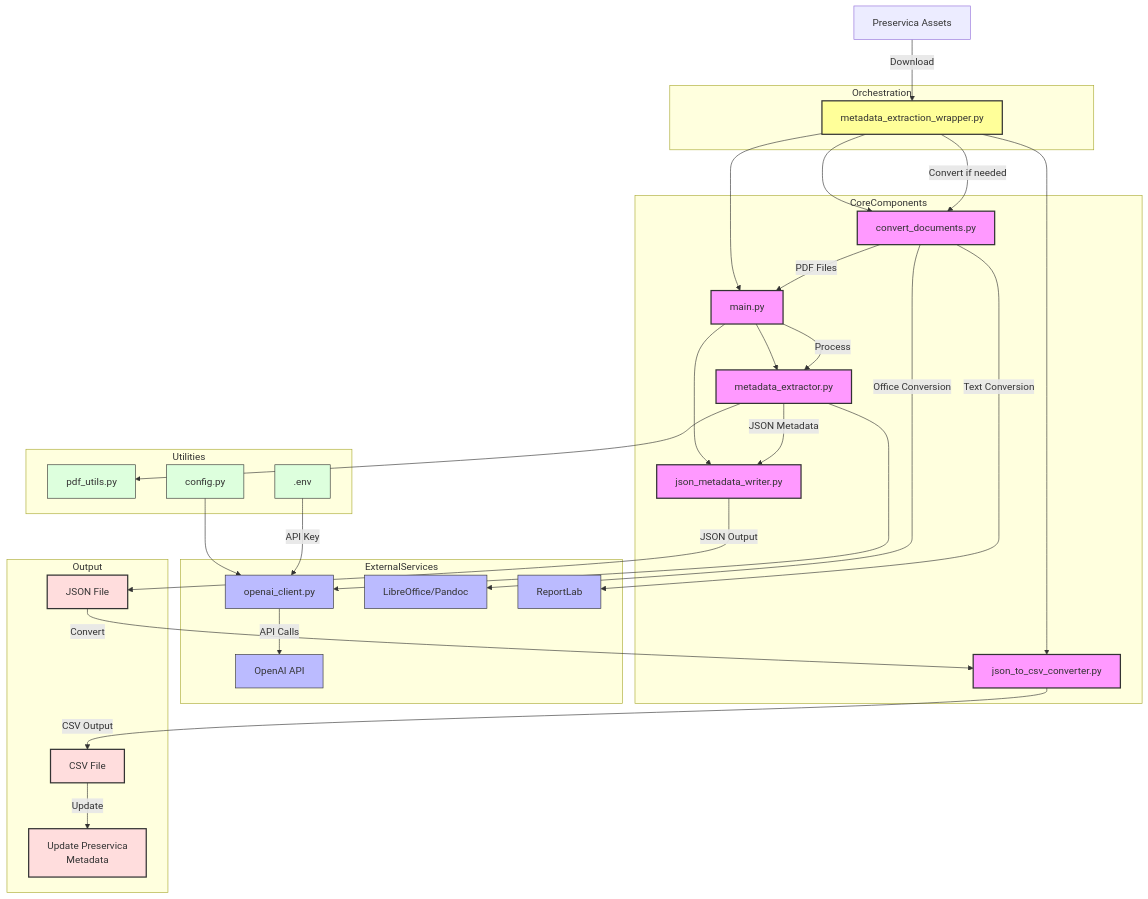
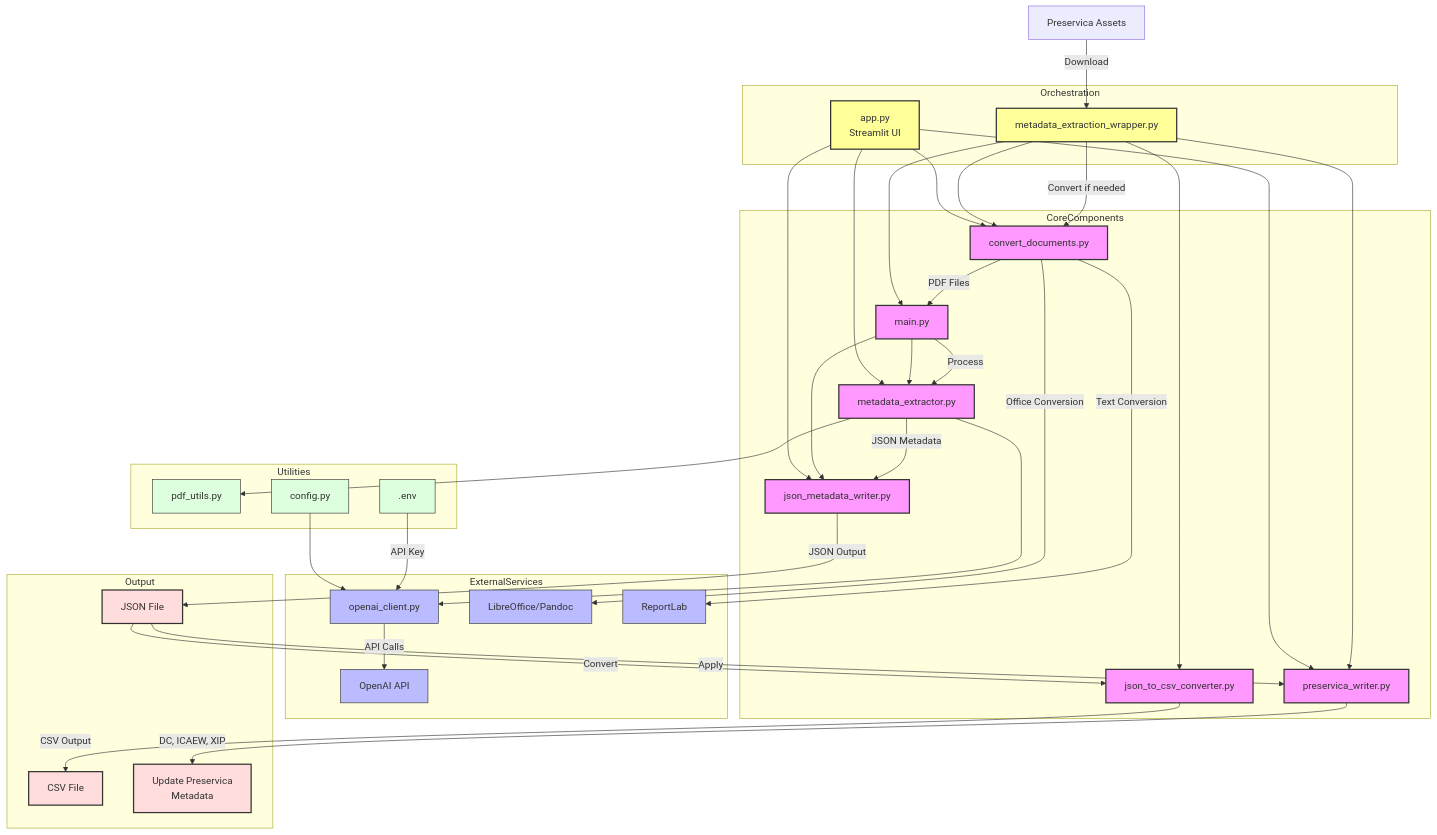
Before and after one commit to icaew-digital-archive/metadata-extraction: the second of 2 diagrams in README.md, drawn with Mermaid. The commit also changed other lines of this file and 1 other file, not shown here.

First line of the commit message:
Update README for Preservica write-back

````diff
--- a/README.md
+++ b/README.md
@@ -187,7 +215,12 @@
 ```mermaid
 graph TD
     %% Main Components
+    App[app.py<br/>Streamlit UI] --> Extractor
+    App --> Converter
+    App --> JSONWriter
+    App --> PreservicaWriter[preservica_writer.py]
     Wrapper[metadata_extraction_wrapper.py] --> Main[main.py]
+    Wrapper --> PreservicaWriter
     Wrapper --> Converter[convert_documents.py]
     Wrapper --> JSONConverter[json_to_csv_converter.py]
     Main --> Extractor[metadata_extractor.py]
@@ -210,7 +243,8 @@
     JSONWriter -->|JSON Output| JSONFile[JSON File]
     JSONFile -->|Convert| JSONConverter
     JSONConverter -->|CSV Output| CSVFile[CSV File]
-    CSVFile -->|Update| PreservicaUpdate[Update Preservica<br/>Metadata]
+    JSONFile -->|Apply| PreservicaWriter
+    PreservicaWriter -->|DC, ICAEW, XIP| PreservicaUpdate[Update Preservica<br/>Metadata]
     
     %% External Services
     OpenAIClient -->|API Calls| OpenAI[OpenAI API]
@@ -218,6 +252,7 @@
     Converter -->|Text Conversion| ReportLab[ReportLab]
     
     subgraph Orchestration
+        App
         Wrapper
     end
     
@@ -227,6 +262,7 @@
         JSONWriter
         Converter
         JSONConverter
+        PreservicaWriter
     end
     
     subgraph ExternalServices
@@ -254,8 +290,8 @@
     classDef wrapper fill:#ff9,stroke:#333,stroke-width:2px
     classDef output fill:#fdd,stroke:#333,stroke-width:2px
     
-    class Wrapper wrapper
-    class Main,Extractor,JSONWriter,Converter,JSONConverter primary
+    class App,Wrapper wrapper
+    class Main,Extractor,JSONWriter,Converter,JSONConverter,PreservicaWriter primary
     class OpenAIClient,OpenAI,LibreOffice,ReportLab secondary
     class PDFUtils,Config,Env utility
     class JSONFile,CSVFile,PreservicaUpdate output
````
